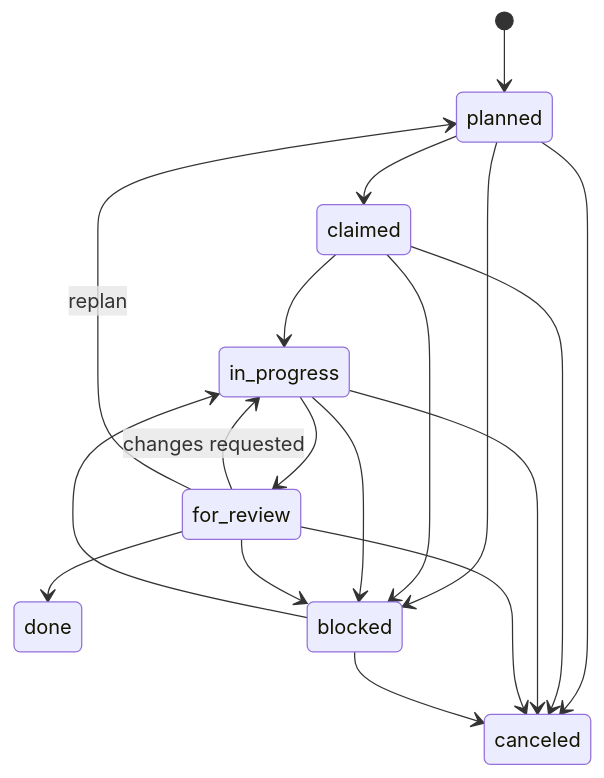
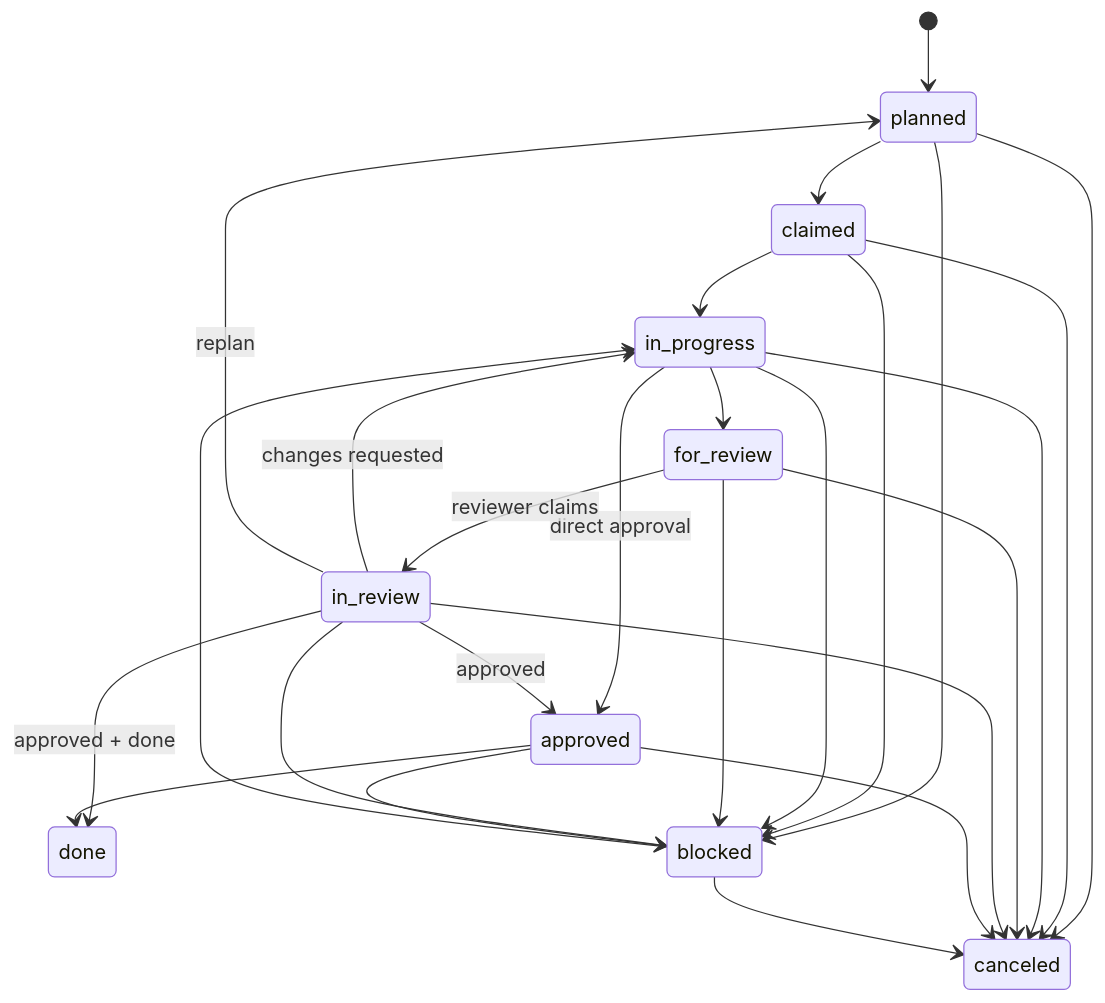
One commit to Priivacy-ai/spec-kitty changed the third of 4 diagrams in README.md. Above: the diagram before and after it, drawn with Mermaid. The commit also changed 43 other files, not shown here.

````diff
--- a/README.md
+++ b/README.md
@@ -220,20 +220,28 @@
 ```mermaid
 stateDiagram-v2
     [*] --> planned
     planned --> claimed
     claimed --> in_progress
     in_progress --> for_review
-    for_review --> done
-    for_review --> in_progress: changes requested
-    for_review --> planned: replan
+    in_progress --> approved: direct approval
+    for_review --> in_review: reviewer claims
+    in_review --> approved: approved
+    in_review --> done: approved + done
+    in_review --> in_progress: changes requested
+    in_review --> planned: replan
+    approved --> done
     planned --> blocked
     claimed --> blocked
     in_progress --> blocked
     for_review --> blocked
+    in_review --> blocked
+    approved --> blocked
     blocked --> in_progress
     planned --> canceled
     claimed --> canceled
     in_progress --> canceled
     for_review --> canceled
+    in_review --> canceled
+    approved --> canceled
     blocked --> canceled
 ```
````
